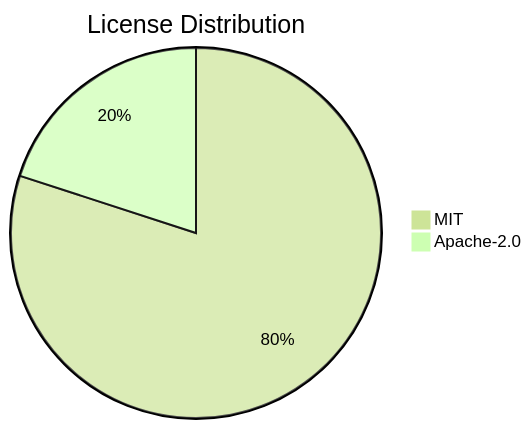
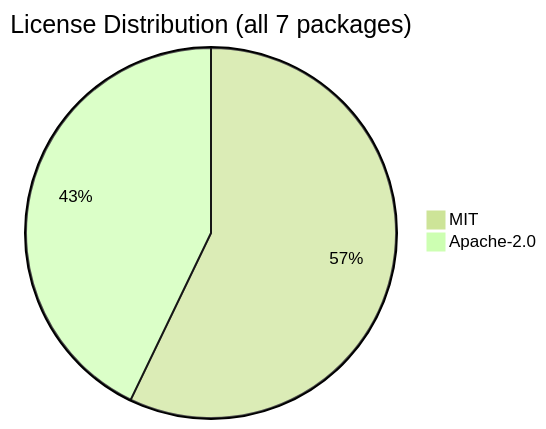
Before and after one commit to svenroth-ai/shipwright: the diagram in .shipwright/compliance/sbom.md, drawn with Mermaid (forest theme). The commit also changed other lines of this file and 28 other files, not shown here.

````diff
--- a/.shipwright/compliance/sbom.md
+++ b/.shipwright/compliance/sbom.md
@@ -17,5 +18,5 @@
 ```mermaid
-pie title License Distribution
+pie title License Distribution (all 7 packages)
     "MIT" : 4
-    "Apache-2.0" : 1
+    "Apache-2.0" : 3
 ```
````
